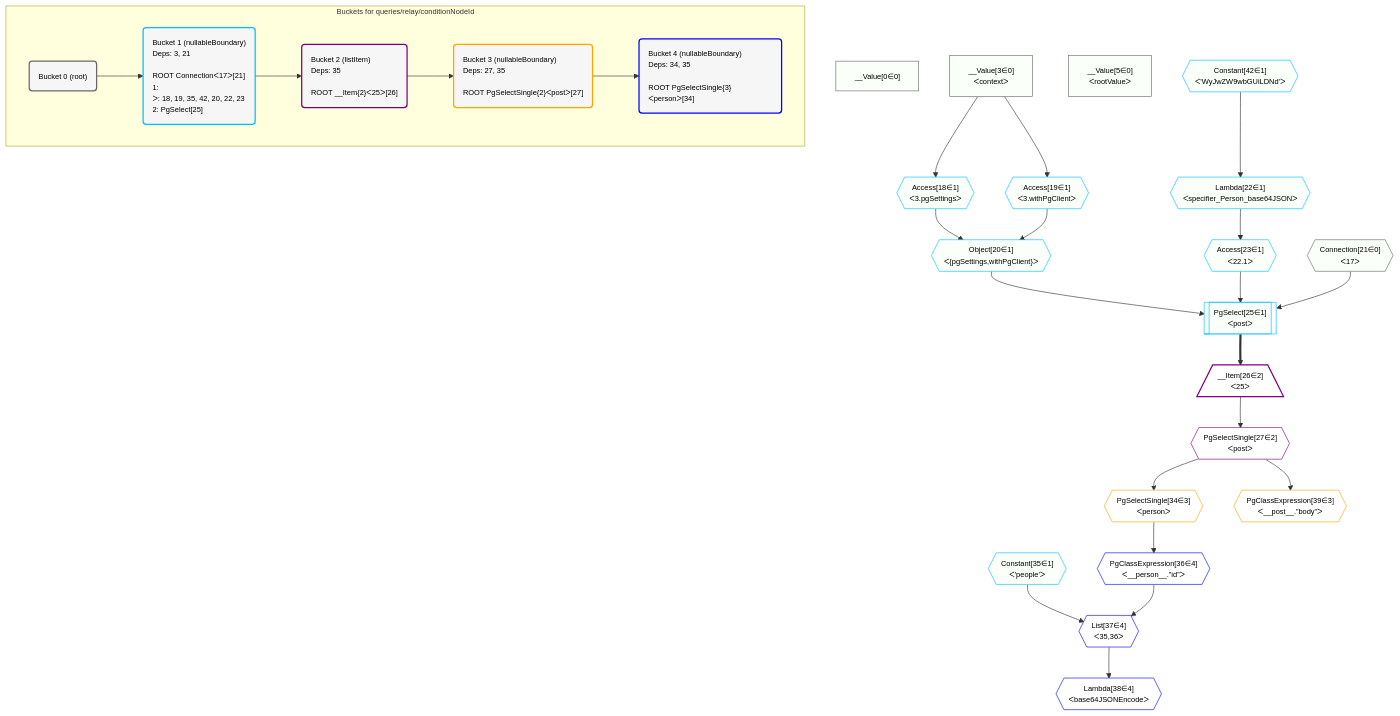
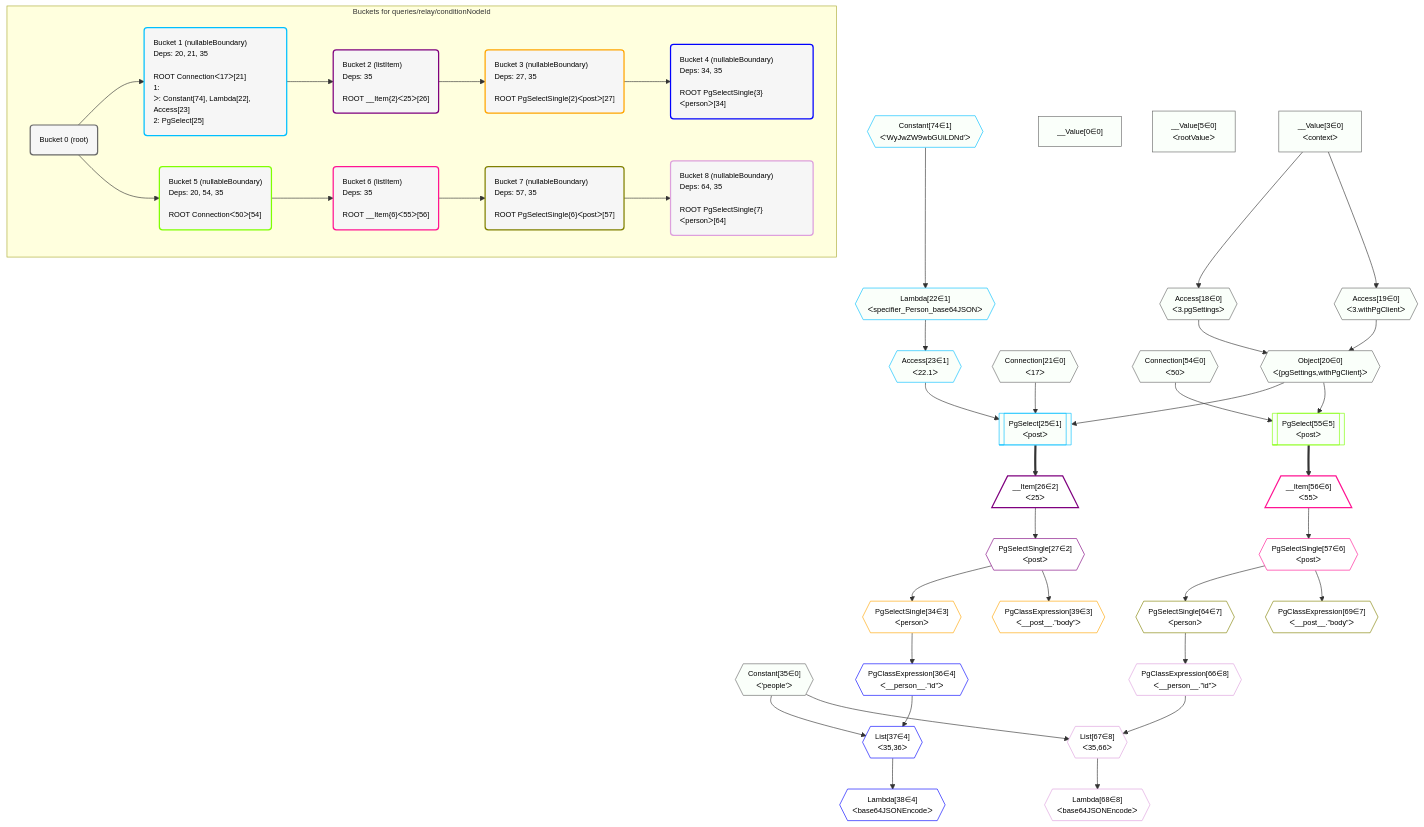
The diagram in postgraphile/postgraphile/__tests__/queries/relay/conditionNodeId.mermaid (graphile/crystal), drawn with Mermaid before and after one commit. The commit also changed 3 other files, not shown here.

```diff
--- a/postgraphile/postgraphile/__tests__/queries/relay/conditionNodeId.mermaid
+++ b/postgraphile/postgraphile/__tests__/queries/relay/conditionNodeId.mermaid
@@ -1,69 +1,101 @@
 %%{init: {'themeVariables': { 'fontSize': '12px'}}}%%
 graph TD
     classDef path fill:#eee,stroke:#000,color:#000
     classDef plan fill:#fff,stroke-width:1px,color:#000
     classDef itemplan fill:#fff,stroke-width:2px,color:#000
     classDef unbatchedplan fill:#dff,stroke-width:1px,color:#000
     classDef sideeffectplan fill:#fcc,stroke-width:2px,color:#000
     classDef bucket fill:#f6f6f6,color:#000,stroke-width:2px,text-align:left
 
 
     %% plan dependencies
+    Object20{{"Object[20∈0]<br />ᐸ{pgSettings,withPgClient}ᐳ"}}:::plan
+    Access18{{"Access[18∈0]<br />ᐸ3.pgSettingsᐳ"}}:::plan
+    Access19{{"Access[19∈0]<br />ᐸ3.withPgClientᐳ"}}:::plan
+    Access18 & Access19 --> Object20
+    __Value3["__Value[3∈0]<br />ᐸcontextᐳ"]:::plan
+    __Value3 --> Access18
+    __Value3 --> Access19
     __Value0["__Value[0∈0]"]:::plan
-    __Value3["__Value[3∈0]<br />ᐸcontextᐳ"]:::plan
     __Value5["__Value[5∈0]<br />ᐸrootValueᐳ"]:::plan
     Connection21{{"Connection[21∈0]<br />ᐸ17ᐳ"}}:::plan
+    Constant35{{"Constant[35∈0]<br />ᐸ'people'ᐳ"}}:::plan
+    Connection54{{"Connection[54∈0]<br />ᐸ50ᐳ"}}:::plan
     PgSelect25[["PgSelect[25∈1]<br />ᐸpostᐳ"]]:::plan
-    Object20{{"Object[20∈1]<br />ᐸ{pgSettings,withPgClient}ᐳ"}}:::plan
     Access23{{"Access[23∈1]<br />ᐸ22.1ᐳ"}}:::plan
     Object20 & Access23 & Connection21 --> PgSelect25
-    Access18{{"Access[18∈1]<br />ᐸ3.pgSettingsᐳ"}}:::plan
-    Access19{{"Access[19∈1]<br />ᐸ3.withPgClientᐳ"}}:::plan
-    Access18 & Access19 --> Object20
-    __Value3 --> Access18
-    __Value3 --> Access19
     Lambda22{{"Lambda[22∈1]<br />ᐸspecifier_Person_base64JSONᐳ"}}:::plan
-    Constant42{{"Constant[42∈1]<br />ᐸ'WyJwZW9wbGUiLDNd'ᐳ"}}:::plan
-    Constant42 --> Lambda22
+    Constant74{{"Constant[74∈1]<br />ᐸ'WyJwZW9wbGUiLDNd'ᐳ"}}:::plan
+    Constant74 --> Lambda22
     Lambda22 --> Access23
-    Constant35{{"Constant[35∈1]<br />ᐸ'people'ᐳ"}}:::plan
     __Item26[/"__Item[26∈2]<br />ᐸ25ᐳ"\]:::itemplan
     PgSelect25 ==> __Item26
     PgSelectSingle27{{"PgSelectSingle[27∈2]<br />ᐸpostᐳ"}}:::plan
     __Item26 --> PgSelectSingle27
     PgSelectSingle34{{"PgSelectSingle[34∈3]<br />ᐸpersonᐳ"}}:::plan
     PgSelectSingle27 --> PgSelectSingle34
     PgClassExpression39{{"PgClassExpression[39∈3]<br />ᐸ__post__.”body”ᐳ"}}:::plan
     PgSelectSingle27 --> PgClassExpression39
     List37{{"List[37∈4]<br />ᐸ35,36ᐳ"}}:::plan
     PgClassExpression36{{"PgClassExpression[36∈4]<br />ᐸ__person__.”id”ᐳ"}}:::plan
     Constant35 & PgClassExpression36 --> List37
     PgSelectSingle34 --> PgClassExpression36
     Lambda38{{"Lambda[38∈4]<br />ᐸbase64JSONEncodeᐳ"}}:::plan
     List37 --> Lambda38
+    PgSelect55[["PgSelect[55∈5]<br />ᐸpostᐳ"]]:::plan
+    Object20 & Connection54 --> PgSelect55
+    __Item56[/"__Item[56∈6]<br />ᐸ55ᐳ"\]:::itemplan
+    PgSelect55 ==> __Item56
+    PgSelectSingle57{{"PgSelectSingle[57∈6]<br />ᐸpostᐳ"}}:::plan
+    __Item56 --> PgSelectSingle57
+    PgSelectSingle64{{"PgSelectSingle[64∈7]<br />ᐸpersonᐳ"}}:::plan
+    PgSelectSingle57 --> PgSelectSingle64
+    PgClassExpression69{{"PgClassExpression[69∈7]<br />ᐸ__post__.”body”ᐳ"}}:::plan
+    PgSelectSingle57 --> PgClassExpression69
+    List67{{"List[67∈8]<br />ᐸ35,66ᐳ"}}:::plan
+    PgClassExpression66{{"PgClassExpression[66∈8]<br />ᐸ__person__.”id”ᐳ"}}:::plan
+    Constant35 & PgClassExpression66 --> List67
+    PgSelectSingle64 --> PgClassExpression66
+    Lambda68{{"Lambda[68∈8]<br />ᐸbase64JSONEncodeᐳ"}}:::plan
+    List67 --> Lambda68
 
     %% define steps
 
     subgraph "Buckets for queries/relay/conditionNodeId"
     Bucket0("Bucket 0 (root)"):::bucket
     classDef bucket0 stroke:#696969
-    class Bucket0,__Value0,__Value3,__Value5,Connection21 bucket0
-    Bucket1("Bucket 1 (nullableBoundary)<br />Deps: 3, 21<br /><br />ROOT Connectionᐸ17ᐳ[21]<br />1: <br />ᐳ: 18, 19, 35, 42, 20, 22, 23<br />2: PgSelect[25]"):::bucket
+    class Bucket0,__Value0,__Value3,__Value5,Access18,Access19,Object20,Connection21,Constant35,Connection54 bucket0
+    Bucket1("Bucket 1 (nullableBoundary)<br />Deps: 20, 21, 35<br /><br />ROOT Connectionᐸ17ᐳ[21]<br />1: <br />ᐳ: Constant[74], Lambda[22], Access[23]<br />2: PgSelect[25]"):::bucket
     classDef bucket1 stroke:#00bfff
-    class Bucket1,Access18,Access19,Object20,Lambda22,Access23,PgSelect25,Constant35,Constant42 bucket1
+    class Bucket1,Lambda22,Access23,PgSelect25,Constant74 bucket1
     Bucket2("Bucket 2 (listItem)<br />Deps: 35<br /><br />ROOT __Item{2}ᐸ25ᐳ[26]"):::bucket
     classDef bucket2 stroke:#7f007f
     class Bucket2,__Item26,PgSelectSingle27 bucket2
     Bucket3("Bucket 3 (nullableBoundary)<br />Deps: 27, 35<br /><br />ROOT PgSelectSingle{2}ᐸpostᐳ[27]"):::bucket
     classDef bucket3 stroke:#ffa500
     class Bucket3,PgSelectSingle34,PgClassExpression39 bucket3
     Bucket4("Bucket 4 (nullableBoundary)<br />Deps: 34, 35<br /><br />ROOT PgSelectSingle{3}ᐸpersonᐳ[34]"):::bucket
     classDef bucket4 stroke:#0000ff
     class Bucket4,PgClassExpression36,List37,Lambda38 bucket4
-    Bucket0 --> Bucket1
+    Bucket5("Bucket 5 (nullableBoundary)<br />Deps: 20, 54, 35<br /><br />ROOT Connectionᐸ50ᐳ[54]"):::bucket
+    classDef bucket5 stroke:#7fff00
+    class Bucket5,PgSelect55 bucket5
+    Bucket6("Bucket 6 (listItem)<br />Deps: 35<br /><br />ROOT __Item{6}ᐸ55ᐳ[56]"):::bucket
+    classDef bucket6 stroke:#ff1493
+    class Bucket6,__Item56,PgSelectSingle57 bucket6
+    Bucket7("Bucket 7 (nullableBoundary)<br />Deps: 57, 35<br /><br />ROOT PgSelectSingle{6}ᐸpostᐳ[57]"):::bucket
+    classDef bucket7 stroke:#808000
+    class Bucket7,PgSelectSingle64,PgClassExpression69 bucket7
+    Bucket8("Bucket 8 (nullableBoundary)<br />Deps: 64, 35<br /><br />ROOT PgSelectSingle{7}ᐸpersonᐳ[64]"):::bucket
+    classDef bucket8 stroke:#dda0dd
+    class Bucket8,PgClassExpression66,List67,Lambda68 bucket8
+    Bucket0 --> Bucket1 & Bucket5
     Bucket1 --> Bucket2
     Bucket2 --> Bucket3
     Bucket3 --> Bucket4
+    Bucket5 --> Bucket6
+    Bucket6 --> Bucket7
+    Bucket7 --> Bucket8
     classDef unary fill:#fafffa,borderWidth:8px
-    class __Value0,__Value3,__Value5,Connection21,PgSelect25,Object20,Access18,Access19,Lambda22,Access23,Constant35,Constant42 unary
+    class Object20,Access18,Access19,__Value0,__Value3,__Value5,Connection21,Constant35,Connection54,PgSelect25,Lambda22,Access23,Constant74,PgSelect55 unary
     end
```
